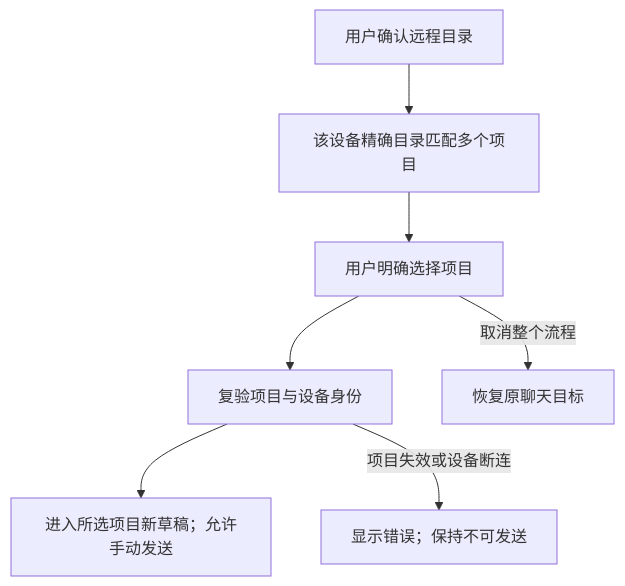
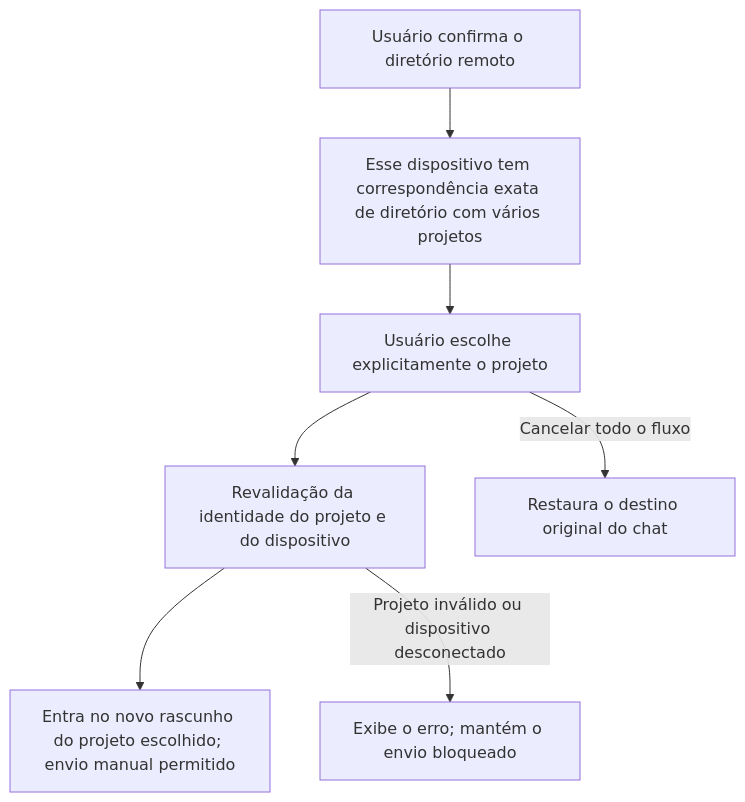
One commit to JoaoNetoDev/BR-Code changed the diagram in docs/issues/remote-connection-ux/24-chat-remote-folder-project-choice.md. Above: the diagram before and after it, drawn with Mermaid. The commit also changed other lines of this file and 177 other files, not shown here.

````diff
--- a/docs/issues/remote-connection-ux/24-chat-remote-folder-project-choice.md
+++ b/docs/issues/remote-connection-ux/24-chat-remote-folder-project-choice.md
@@ -15,9 +15,9 @@
 ```mermaid
 flowchart TD
-    A[用户确认远程目录] --> B[该设备精确目录匹配多个项目]
-    B --> C[用户明确选择项目]
-    C --> D[复验项目与设备身份]
-    D --> E[进入所选项目新草稿；允许手动发送]
-    C -->|取消整个流程| F[恢复原聊天目标]
-    D -->|项目失效或设备断连| G[显示错误；保持不可发送]
+    A[Usuário confirma o diretório remoto] --> B[Esse dispositivo tem correspondência exata de diretório com vários projetos]
+    B --> C[Usuário escolhe explicitamente o projeto]
+    C --> D[Revalidação da identidade do projeto e do dispositivo]
+    D --> E[Entra no novo rascunho do projeto escolhido; envio manual permitido]
+    C -->|Cancelar todo o fluxo| F[Restaura o destino original do chat]
+    D -->|Projeto inválido ou dispositivo desconectado| G[Exibe o erro; mantém o envio bloqueado]
 ```
````
